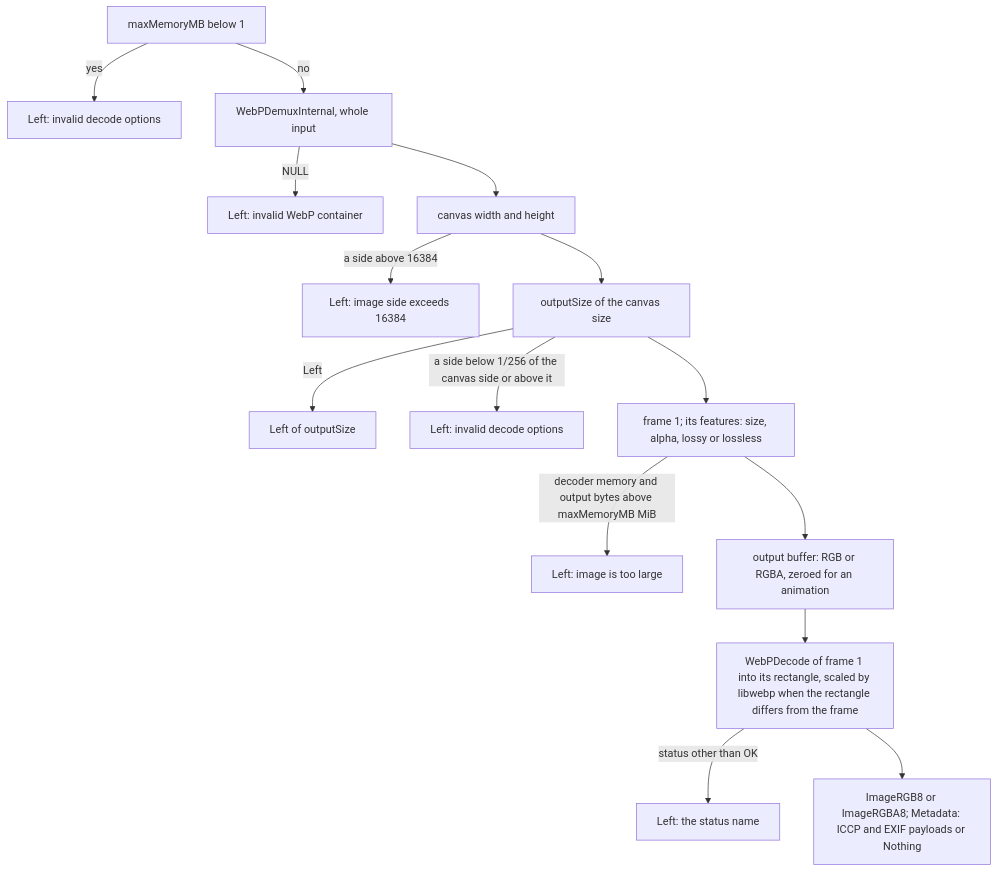
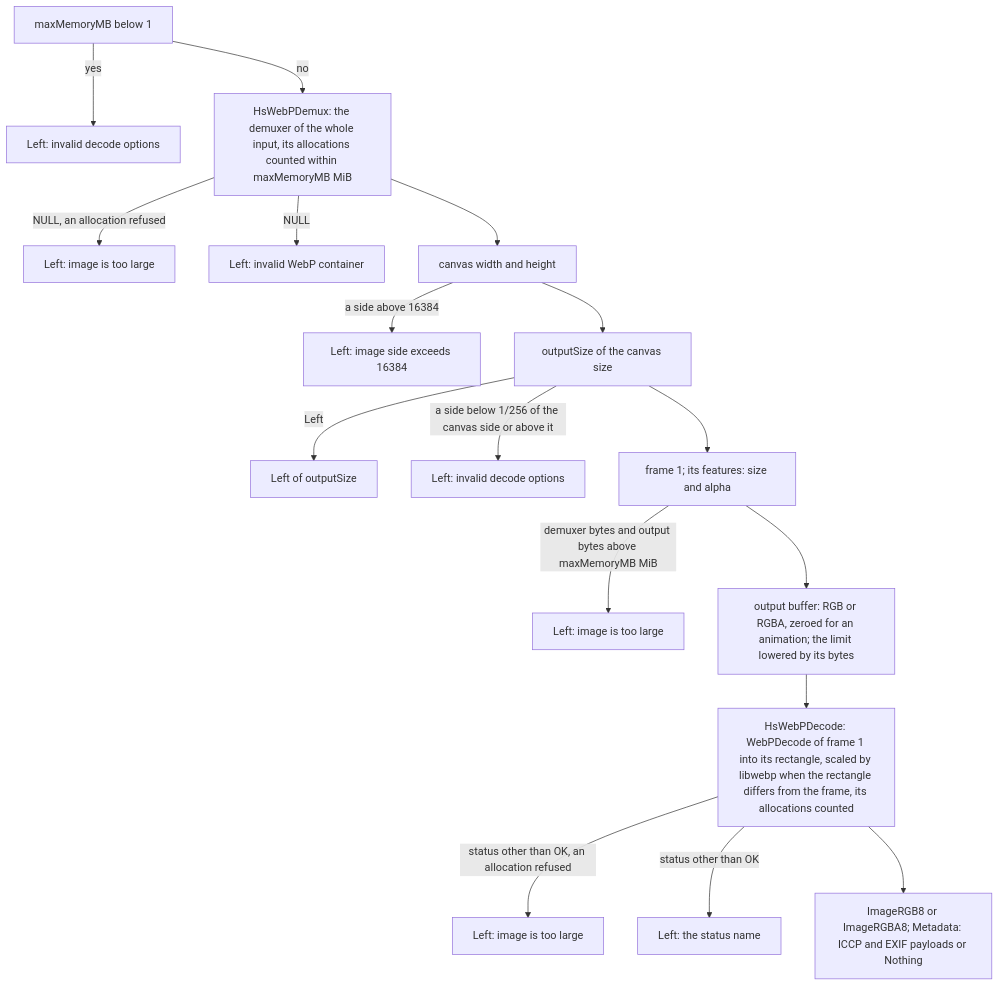
Before and after one commit to simplex-chat/simplex-chat: the fourth of 7 diagrams in plans/2026-11-22-core-webp-decoding.md, drawn with Mermaid. The commit also changed other lines of this file, not shown here.

Commit message:
docs: decide libwebp 68dd1c30 and the memory count of WebP decoding

````diff
--- a/plans/2026-11-22-core-webp-decoding.md
+++ b/plans/2026-11-22-core-webp-decoding.md
@@ -188,17 +194,19 @@
 ```mermaid
 flowchart TD
   A["maxMemoryMB below 1"] -->|yes| L0["Left: invalid decode options"]
-  A -->|no| B["WebPDemuxInternal, whole input"]
-  B -->|NULL| L1["Left: invalid WebP container"]
+  A -->|no| B["HsWebPDemux: the demuxer of the whole input, its allocations counted within maxMemoryMB MiB"]
+  B -->|"NULL, an allocation refused"| L7["Left: image is too large"]
+  B -->|"NULL"| L1["Left: invalid WebP container"]
   B --> C["canvas width and height"]
   C -->|"a side above 16384"| L2["Left: image side exceeds 16384"]
   C --> S["outputSize of the canvas size"]
   S -->|"Left"| L5["Left of outputSize"]
   S -->|"a side below 1/256 of the canvas side or above it"| L6["Left: invalid decode options"]
-  S --> D["frame 1; its features: size, alpha, lossy or lossless"]
-  D -->|"decoder memory and output bytes above maxMemoryMB MiB"| L3["Left: image is too large"]
-  D --> E["output buffer: RGB or RGBA, zeroed for an animation"]
-  E --> F["WebPDecode of frame 1 into its rectangle, scaled by libwebp when the rectangle differs from the frame"]
+  S --> D["frame 1; its features: size and alpha"]
+  D -->|"demuxer bytes and output bytes above maxMemoryMB MiB"| L3["Left: image is too large"]
+  D --> E["output buffer: RGB or RGBA, zeroed for an animation; the limit lowered by its bytes"]
+  E --> F["HsWebPDecode: WebPDecode of frame 1 into its rectangle, scaled by libwebp when the rectangle differs from the frame, its allocations counted"]
+  F -->|"status other than OK, an allocation refused"| L8["Left: image is too large"]
   F -->|"status other than OK"| L4["Left: the status name"]
   F --> G["ImageRGB8 or ImageRGBA8; Metadata: ICCP and EXIF payloads or Nothing"]
 ```
````
